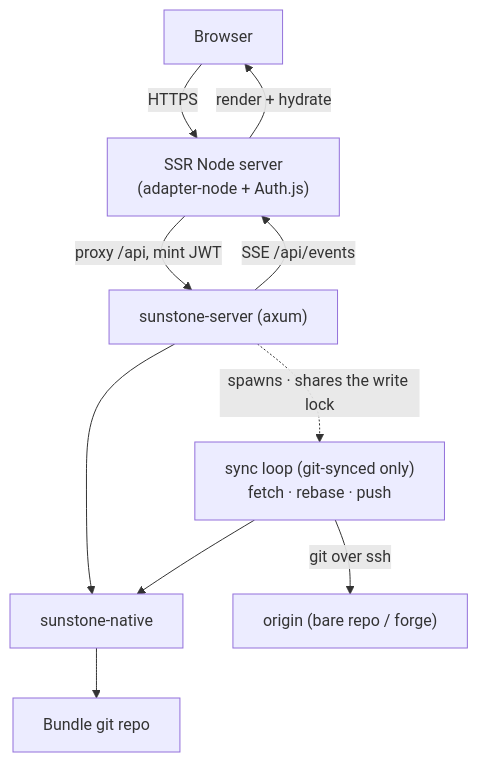
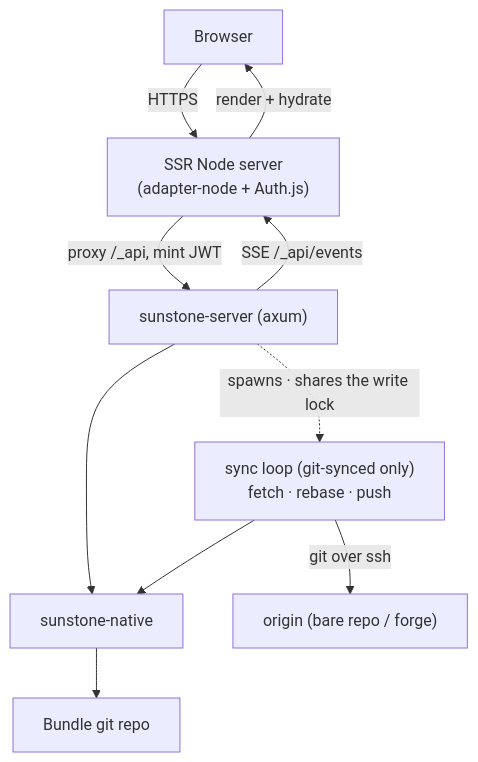
The third of 3 diagrams in docs/architecture/overview.md (pothos-dev/sunstone), drawn with Mermaid before and after one commit. The commit also changed other lines of this file and 12 other files, not shown here.

````diff
--- a/docs/architecture/overview.md
+++ b/docs/architecture/overview.md
@@ -71,12 +71,12 @@
 ```mermaid
 flowchart TD
   BR["Browser"] -->|"HTTPS"| NODE["SSR Node server<br/>(adapter-node + Auth.js)"]
   NODE -->|"render + hydrate"| BR
-  NODE -->|"proxy /api, mint JWT"| SV["sunstone-server (axum)"]
+  NODE -->|"proxy /_api, mint JWT"| SV["sunstone-server (axum)"]
   SV --> CORE["sunstone-native"]
   CORE --> GIT["Bundle git repo"]
   LOOP["sync loop (git-synced only)<br/>fetch · rebase · push"] --> CORE
   SV -.->|"spawns · shares the write lock"| LOOP
   LOOP -->|"git over ssh"| ORIGIN["origin (bare repo / forge)"]
-  SV -->|"SSE /api/events"| NODE
+  SV -->|"SSE /_api/events"| NODE
 ```
````
